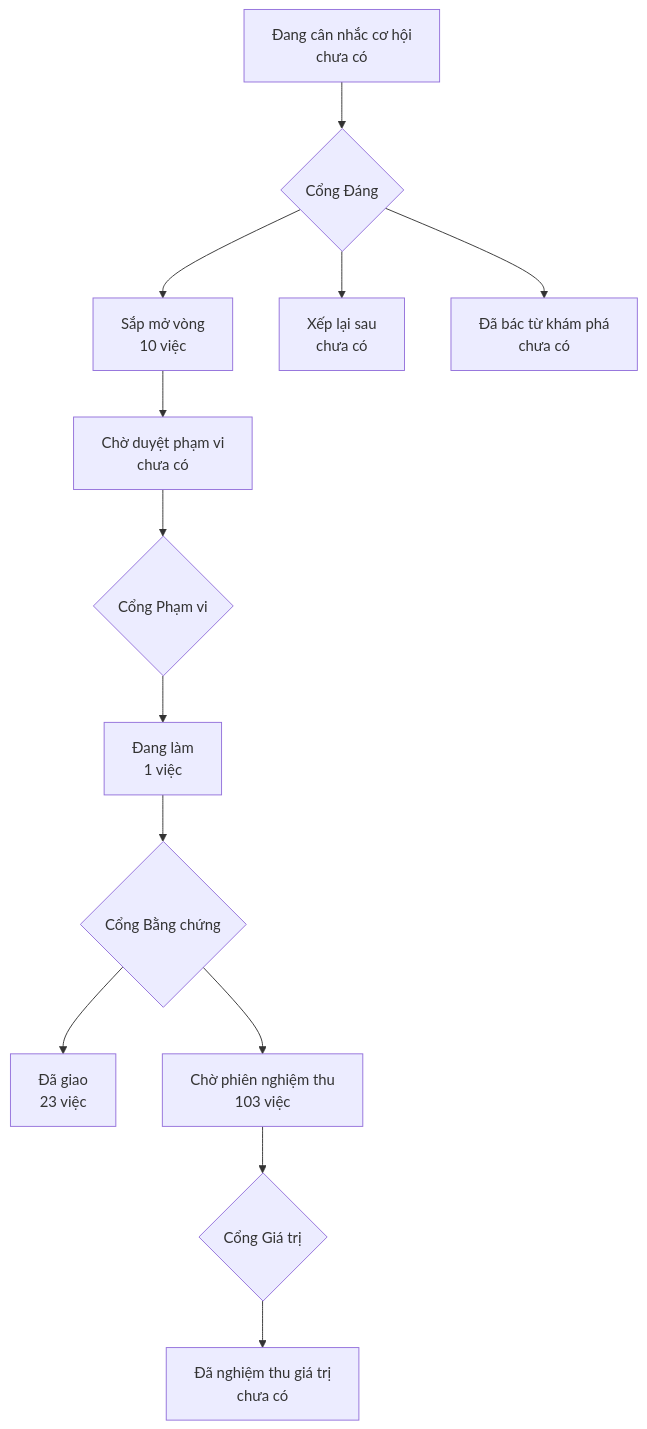
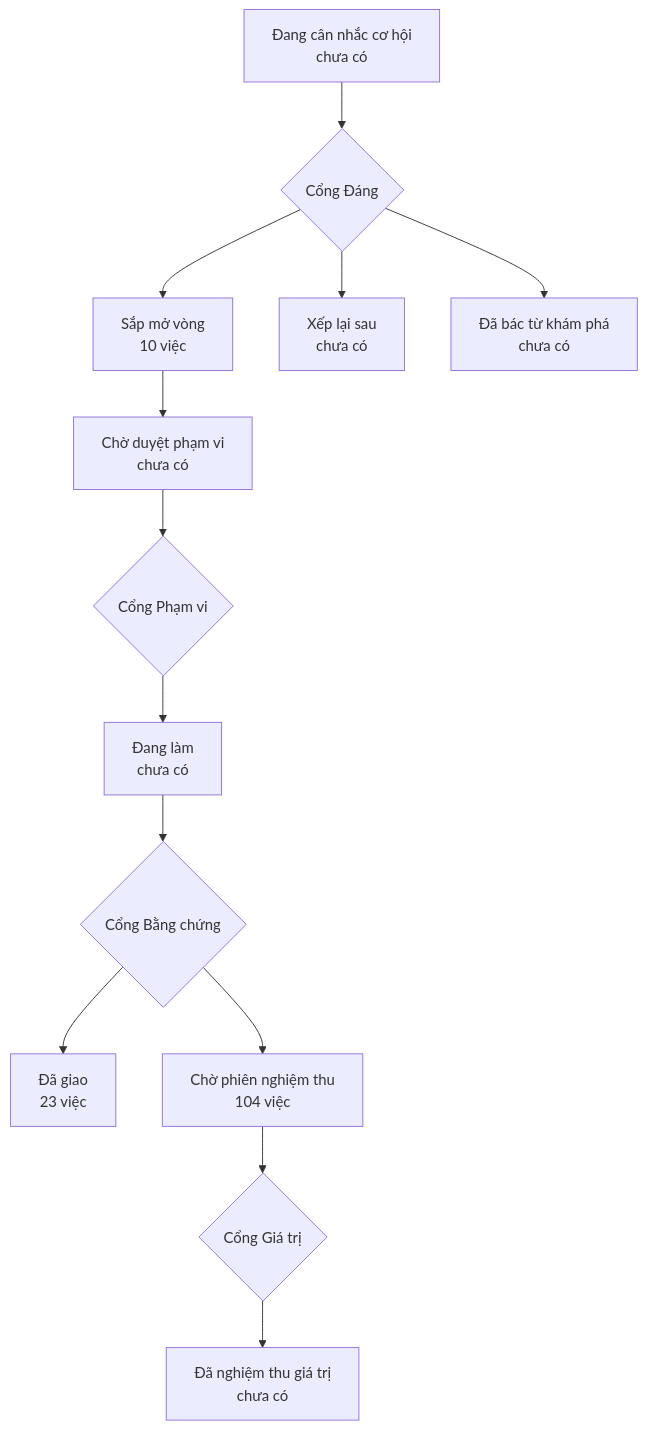
The diagram in PRODUCT-MAP.md (phanlemanh/onehub-quy-hang), drawn with Mermaid before and after one commit. The commit also changed other lines of this file and 4 other files, not shown here.

````diff
--- a/PRODUCT-MAP.md
+++ b/PRODUCT-MAP.md
@@ -7,12 +7,12 @@
 ```mermaid
 flowchart TD
   A["Đang cân nhắc cơ hội<br/>chưa có"] --> GD{"Cổng Đáng"}
   GD --> B["Sắp mở vòng<br/>10 việc"]
   GD --> XL["Xếp lại sau<br/>chưa có"]
   GD --> DB["Đã bác từ khám phá<br/>chưa có"]
   B --> CD["Chờ duyệt phạm vi<br/>chưa có"] --> GP{"Cổng Phạm vi"}
-  GP --> DL["Đang làm<br/>1 việc"] --> GB{"Cổng Bằng chứng"}
+  GP --> DL["Đang làm<br/>chưa có"] --> GB{"Cổng Bằng chứng"}
   GB --> DG["Đã giao<br/>23 việc"]
-  GB --> CN["Chờ phiên nghiệm thu<br/>103 việc"] --> GG{"Cổng Giá trị"}
+  GB --> CN["Chờ phiên nghiệm thu<br/>104 việc"] --> GG{"Cổng Giá trị"}
   GG --> NT["Đã nghiệm thu giá trị<br/>chưa có"]
 ```
````
